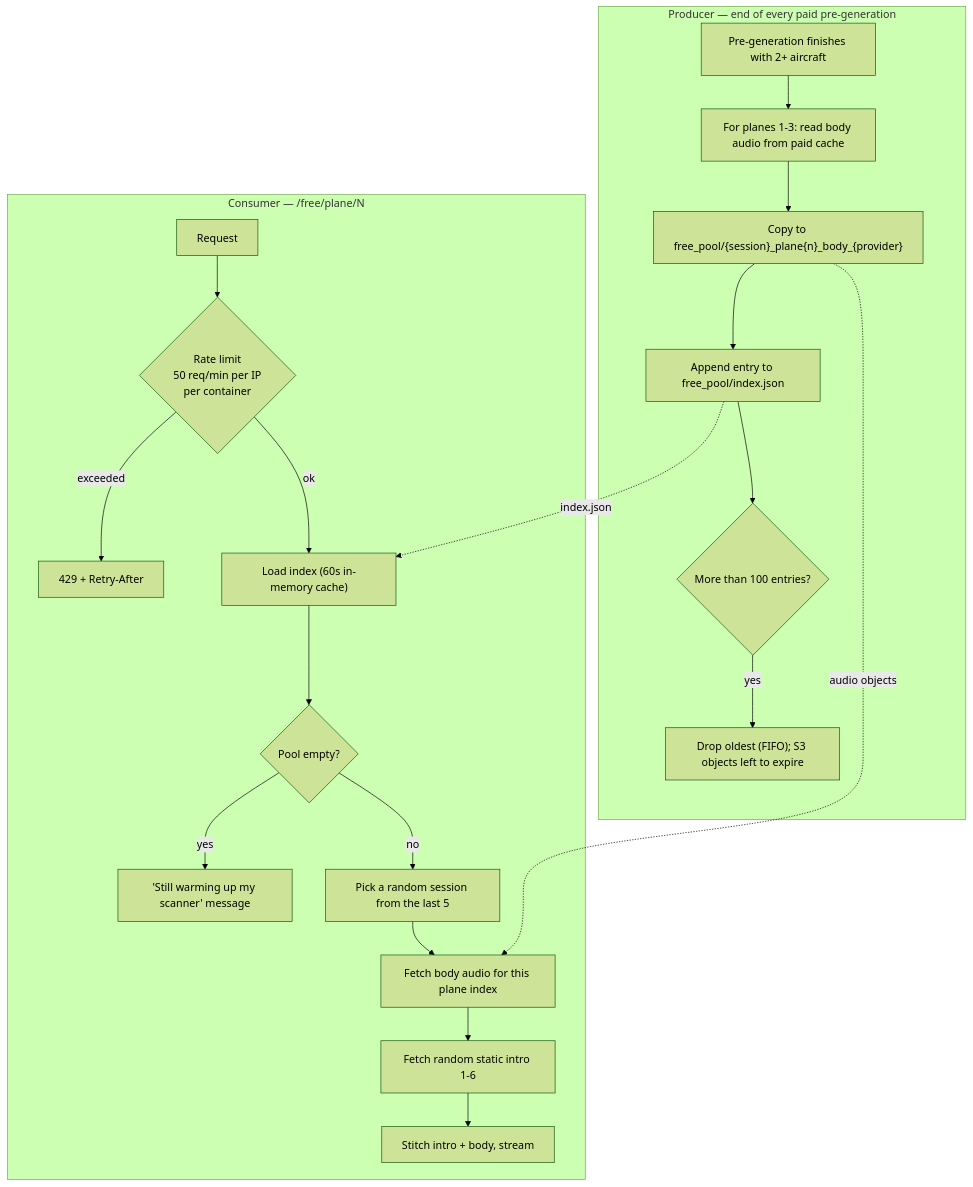
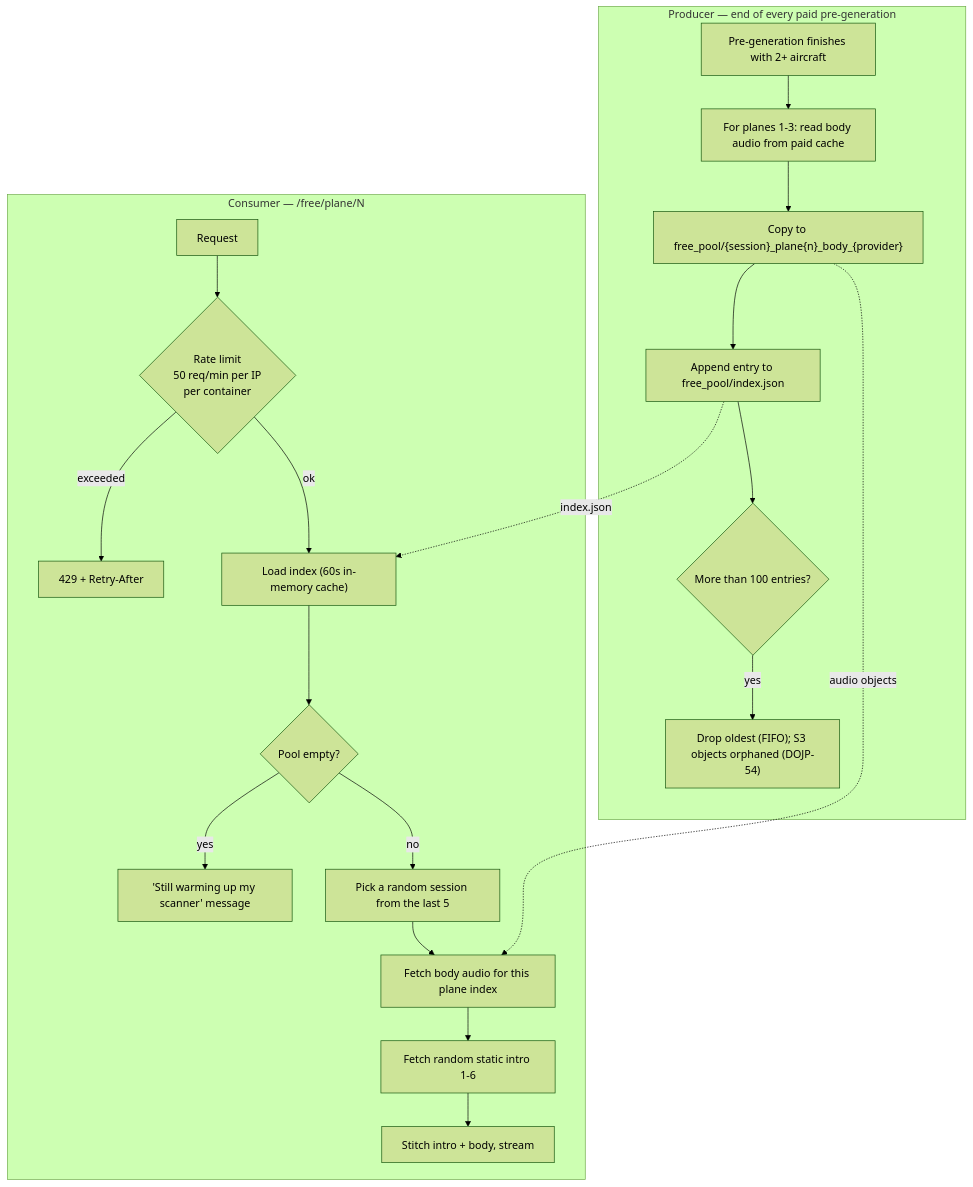
Before and after one commit to cjkm3rriman/dreaming-of-a-jet-plane: the seventh of 8 diagrams in docs/ARCHITECTURE.md, drawn with Mermaid (forest theme). The commit also changed other lines of this file, not shown here.

````diff
--- a/docs/ARCHITECTURE.md
+++ b/docs/ARCHITECTURE.md
@@ -431,26 +434,26 @@
 ```mermaid
 flowchart TD
     subgraph Produce["Producer — end of every paid pre-generation"]
         P1["Pre-generation finishes with 2+ aircraft"]
         P1 --> P2["For planes 1-3: read body audio from paid cache"]
         P2 --> P3["Copy to free_pool/{session}_plane{n}_body_{provider}"]
         P3 --> P4["Append entry to free_pool/index.json"]
         P4 --> P5{"More than 100 entries?"}
-        P5 -->|yes| P6["Drop oldest (FIFO); S3 objects left to expire"]
+        P5 -->|yes| P6["Drop oldest (FIFO); S3 objects orphaned (DOJP-54)"]
     end
 
     subgraph Consume["Consumer — /free/plane/N"]
         C1["Request"] --> C2{"Rate limit<br/>50 req/min per IP<br/>per container"}
         C2 -->|exceeded| C3["429 + Retry-After"]
         C2 -->|ok| C4["Load index (60s in-memory cache)"]
         C4 --> C5{"Pool empty?"}
         C5 -->|yes| C6["'Still warming up my scanner' message"]
         C5 -->|no| C7["Pick a random session from the last 5"]
         C7 --> C8["Fetch body audio for this plane index"]
         C8 --> C9["Fetch random static intro 1-6"]
         C9 --> C10["Stitch intro + body, stream"]
     end
 
     P4 -.->|index.json| C4
     P3 -.->|audio objects| C8
 ```
````
